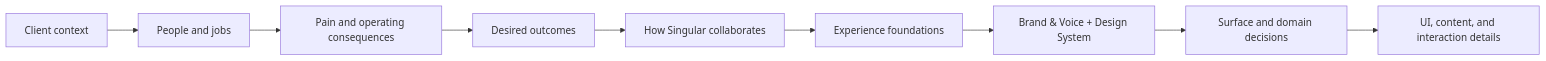
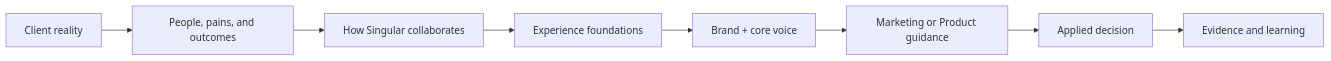
Before and after one commit to SingularAgency/Skill-Design-System: the diagram in docs/README.md, drawn with Mermaid. The commit also changed other lines of this file and 31 other files, not shown here.

Commit message:
Reduce Brand and Voice documentation

````diff
--- a/docs/README.md
+++ b/docs/README.md
@@ -36,11 +31,10 @@
 ```mermaid
 flowchart LR
-    A["Client context"] --> B["People and jobs"]
-    B --> C["Pain and operating consequences"]
-    C --> D["Desired outcomes"]
-    D --> E["How Singular collaborates"]
-    E --> F["Experience foundations"]
-    F --> G["Brand & Voice + Design System"]
-    G --> H["Surface and domain decisions"]
-    H --> I["UI, content, and interaction details"]
+    A["Client reality"] --> B["People, pains, and outcomes"]
+    B --> C["How Singular collaborates"]
+    C --> D["Experience foundations"]
+    D --> E["Brand + core voice"]
+    E --> F["Marketing or Product guidance"]
+    F --> G["Applied decision"]
+    G --> H["Evidence and learning"]
 ```
````
